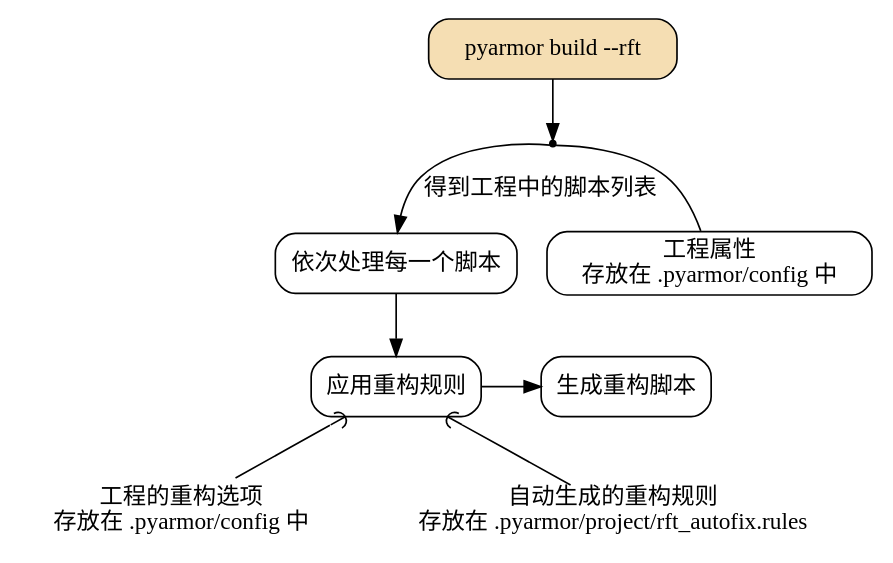
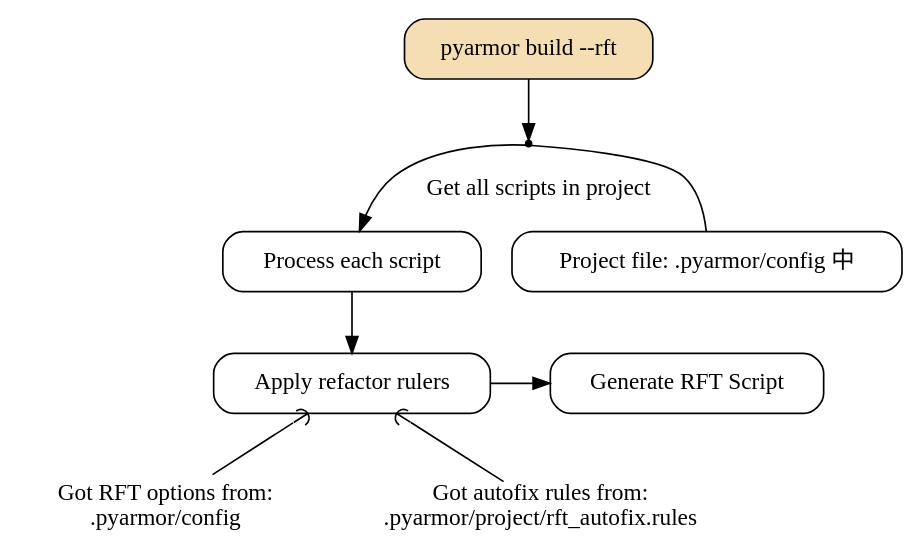
Before and after one commit to dashingsoft/dashingsoft.github.io: the sixth of 10 diagrams in pyarmor/learn/en/commands.rst, drawn with Graphviz. The commit also changed other lines of this file and 3 other files, not shown here.

```diff
--- a/pyarmor/learn/en/commands.rst
+++ b/pyarmor/learn/en/commands.rst
@@ -144,34 +141,34 @@
 .. graphviz::
-   :caption: 生成重构型脚本
+   :caption: Build RFT Script
    :align: center
    :name: g-project-build-rft
 
    digraph G {
       node [shape=box, style=rounded, target="_top"]
 
       build [label="pyarmor build --rft"
              style="filled,rounded"
              fillcolor="wheat"]
       join1 [shape=point]
 
-      items [label="依次处理每一个脚本"]
+      items [label="Process each script"]
 
-      conf [label="工程属性\n存放在 .pyarmor/config 中"]
+      conf [label="Project file: .pyarmor/config 中"]
 
       rules [shape=plaintext
-             label="工程的重构选项\n存放在 .pyarmor/config 中"]
+             label="Got RFT options from:\n.pyarmor/config"]
       autofix [shape=plain
-               label="自动生成的重构规则\n存放在 .pyarmor/project/rft_autofix.rules"]
+               label="Got autofix rules from:\n.pyarmor/project/rft_autofix.rules"]
 
-      p1 [label="应用重构规则"]
-      rft [label="生成重构脚本"]
+      p1 [label="Apply refactor rulers"]
+      rft [label="Generate RFT Script"]
 
       build -> join1
       join1 -> conf [dir=none]
-      join1 -> items [label="得到工程中的脚本列表"]
+      join1 -> items [label="Get all scripts in project"]
       items -> p1
       rank=same { p1 -> rft }
 
       p1 -> rules [arrowtail=curve dir=back]
       p1 -> autofix [arrowtail=curve dir=back]
    }
```
